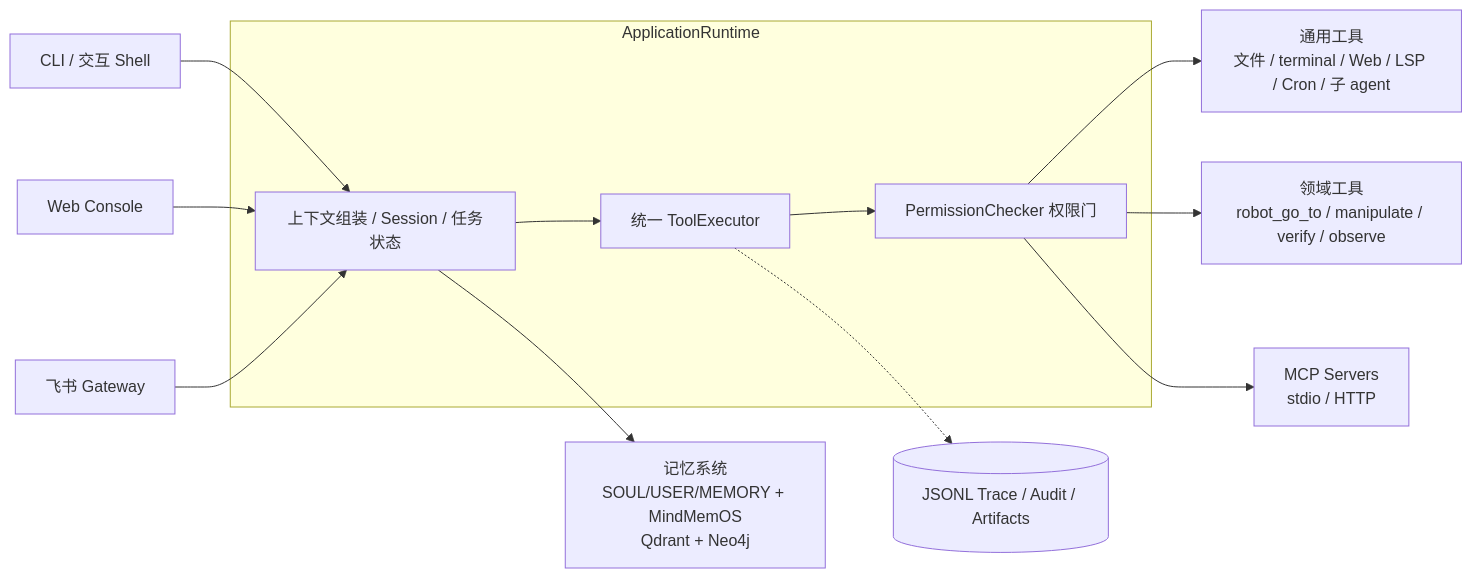
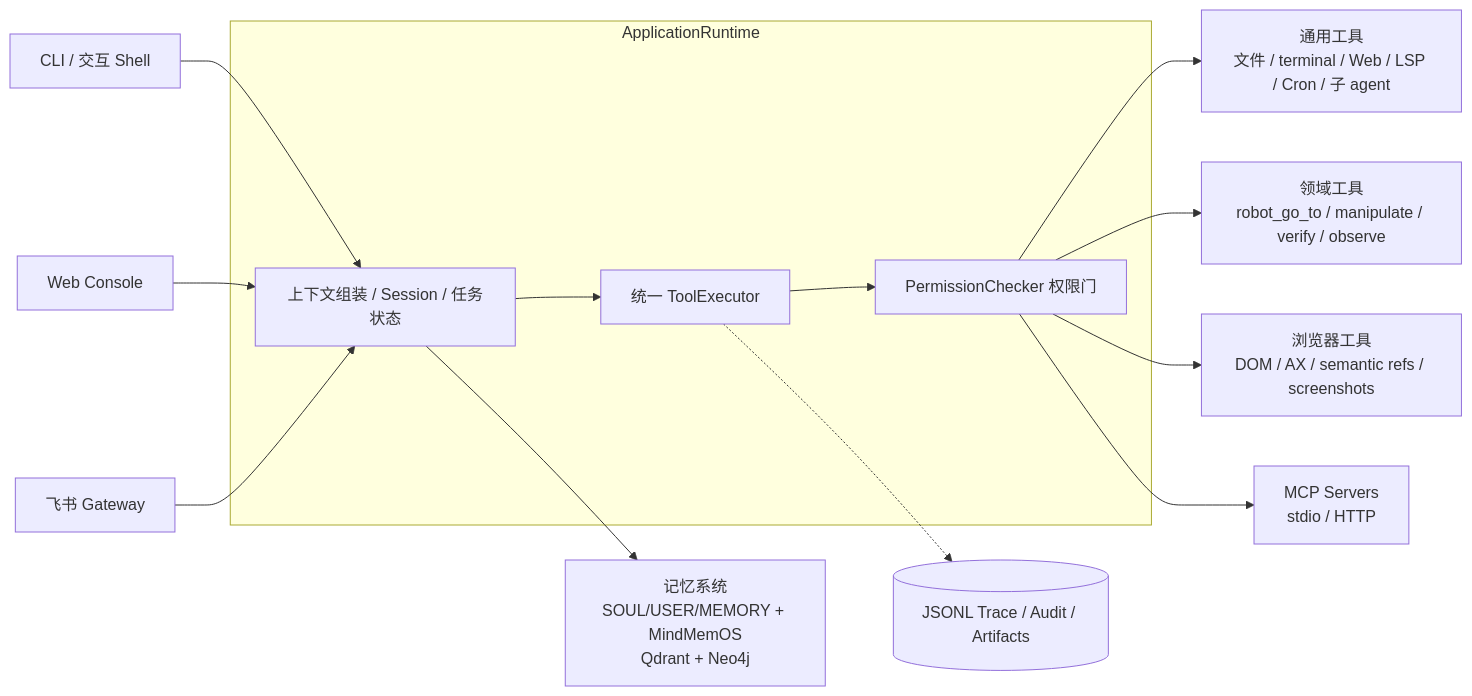
One commit to Wylam-Yun/Homemaster changed the diagram in README.md. Above: the diagram before and after it, drawn with Mermaid. The commit also changed other lines of this file and 1455 other files, not shown here.

````diff
--- a/README.md
+++ b/README.md
@@ -62,23 +65,24 @@
 ```mermaid
 flowchart LR
     CLI[CLI / 交互 Shell]
     WEB[Web Console]
     FEI[飞书 Gateway]
     CLI --> RT
     WEB --> RT
     FEI --> RT
 
     subgraph Runtime[ApplicationRuntime]
         RT[上下文组装 / Session / 任务状态]
         EXE[统一 ToolExecutor]
         PERM[PermissionChecker 权限门]
         RT --> EXE --> PERM
     end
 
     PERM --> TOOLS[通用工具<br/>文件 / terminal / Web / LSP / Cron / 子 agent]
     PERM --> DOMAIN[领域工具<br/>robot_go_to / manipulate / verify / observe]
+    PERM --> BROWSER[浏览器工具<br/>DOM / AX / semantic refs / screenshots]
     PERM --> MCP[MCP Servers<br/>stdio / HTTP]
     RT --> MEM[记忆系统<br/>SOUL/USER/MEMORY + MindMemOS<br/>Qdrant + Neo4j]
 
     EXE -.-> TRACE[(JSONL Trace / Audit / Artifacts)]
 ```
````
